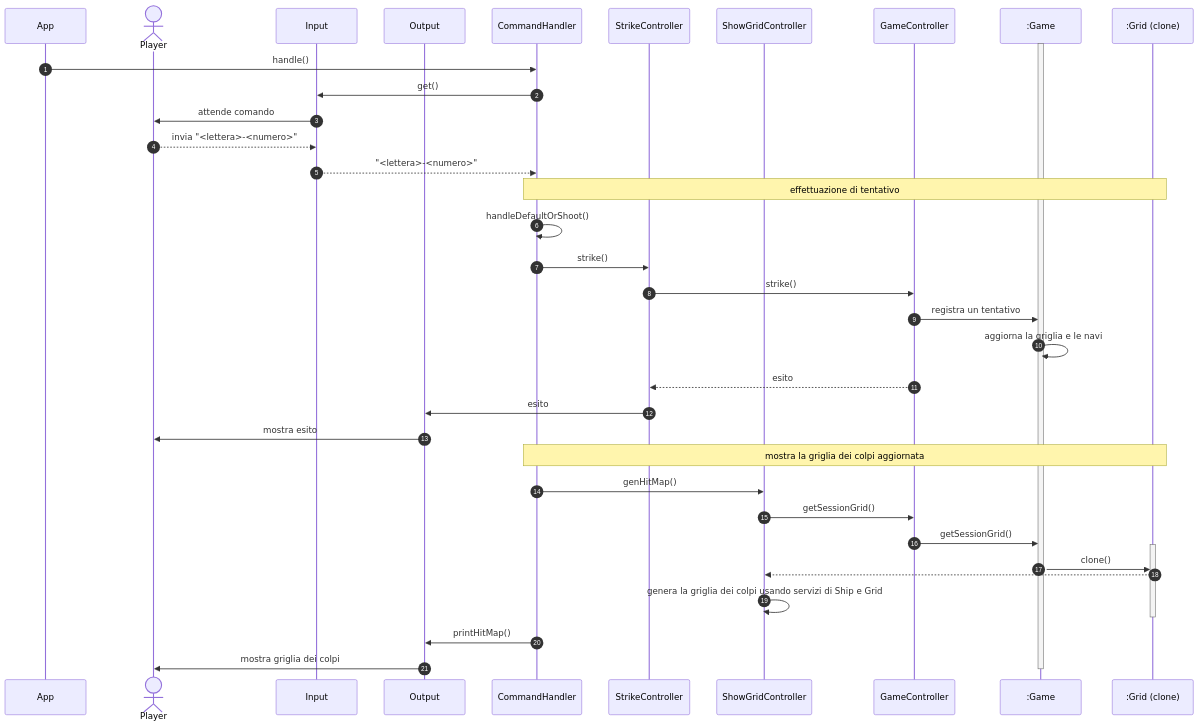
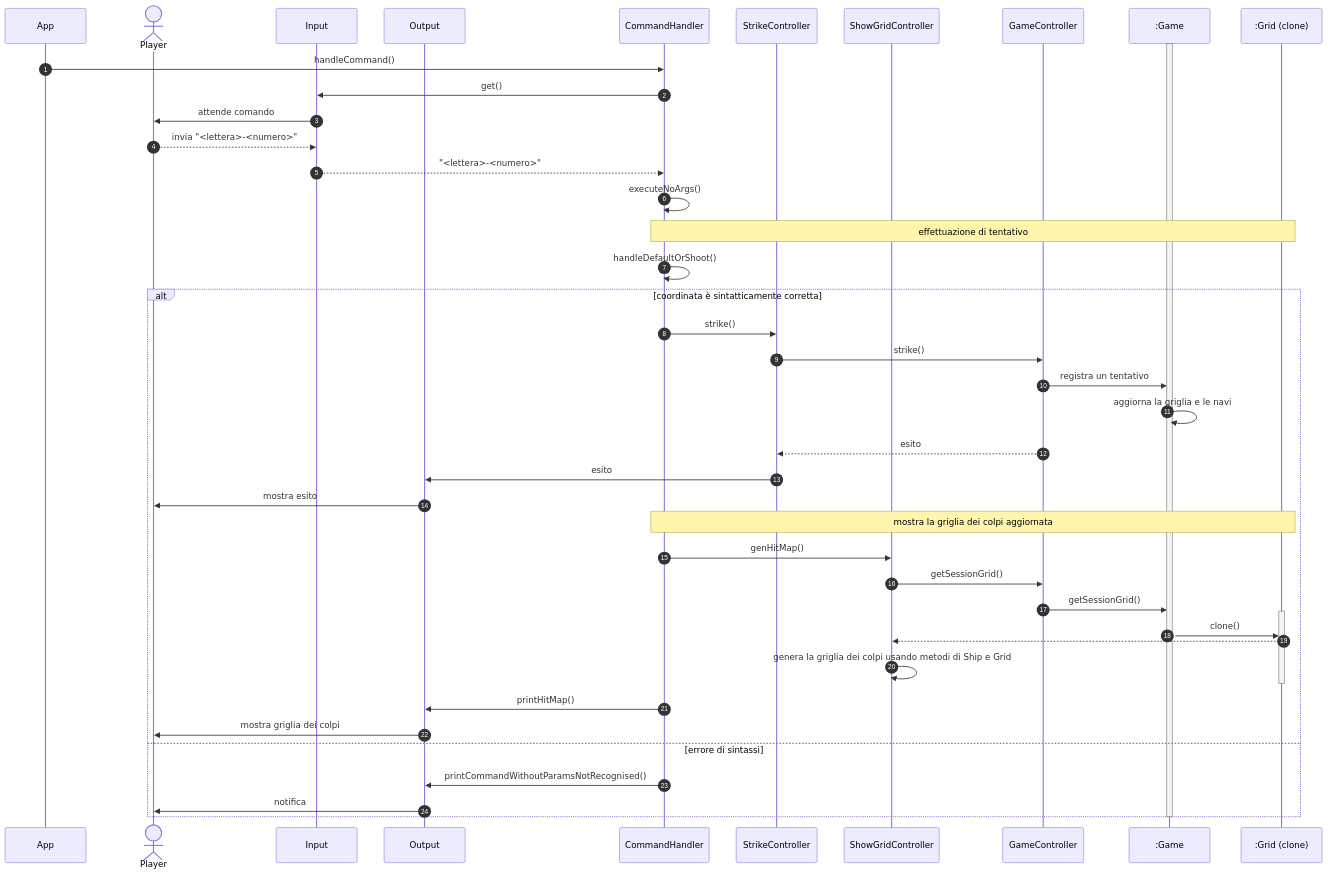
Before and after one commit to softeng2223-inf-uniba/progetto2223-thacker: the sixth of 9 diagrams in docs/Report.md, drawn with Mermaid. The commit also changed other lines of this file, not shown here.

````diff
--- a/docs/Report.md
+++ b/docs/Report.md
@@ -494,46 +503,51 @@
 ```mermaid
 sequenceDiagram
   autonumber
 
   participant App
   actor Player
   participant Input
   participant Output
   participant CH as CommandHandler
   participant StCo as StrikeController
   participant ShGrCo as ShowGridController
   participant GaCo as GameController
   participant Game as :Game
   participant Grid as :Grid (clone)
 
   activate Game
 
-  App ->> CH: handle()
+  App ->> CH: handleCommand()
   CH ->> Input: get()
   Input ->> Player: attende comando
   Player -->> Input: invia "<lettera>-<numero>"
   Input -->> CH: "<lettera>-<numero>"
+  CH ->> CH: executeNoArgs()
   note over CH,Grid: effettuazione di tentativo
   CH ->> CH: handleDefaultOrShoot()
-  CH ->> StCo: strike()
-  StCo ->> GaCo: strike()
-  GaCo ->> Game: registra un tentativo
-  Game ->> Game: aggiorna la griglia e le navi 
-  GaCo -->> StCo: esito
-  StCo ->> Output: esito
-  Output ->> Player: mostra esito
+  alt coordinata è sintatticamente corretta
+    CH ->> StCo: strike()
+    StCo ->> GaCo: strike()
+    GaCo ->> Game: registra un tentativo
+    Game ->> Game: aggiorna la griglia e le navi 
+    GaCo -->> StCo: esito
+    StCo ->> Output: esito
+    Output ->> Player: mostra esito
 
-  note over CH,Grid: mostra la griglia dei colpi aggiornata
-  CH ->> ShGrCo: genHitMap()
-  ShGrCo ->> GaCo: getSessionGrid()
-  GaCo ->> Game: getSessionGrid()
-  activate Grid
-  Game ->> Grid: clone()
-  Grid -->> ShGrCo: 
-  ShGrCo ->> ShGrCo : genera la griglia dei colpi usando servizi di Ship e Grid
-  deactivate Grid
-  CH ->> Output: printHitMap()
-  Output ->> Player: mostra griglia dei colpi
-
+    note over CH,Grid: mostra la griglia dei colpi aggiornata
+    CH ->> ShGrCo: genHitMap()
+    ShGrCo ->> GaCo: getSessionGrid()
+    GaCo ->> Game: getSessionGrid()
+    activate Grid
+    Game ->> Grid: clone()
+    Grid -->> ShGrCo: 
+    ShGrCo ->> ShGrCo : genera la griglia dei colpi usando metodi di Ship e Grid
+    deactivate Grid
+    CH ->> Output: printHitMap()
+    Output ->> Player: mostra griglia dei colpi
+  else errore di sintassi
+    CH ->> Output: printCommandWithoutParamsNotRecognised()
+    Output ->> Player: notifica
+  end
   deactivate Game
 ```
````
